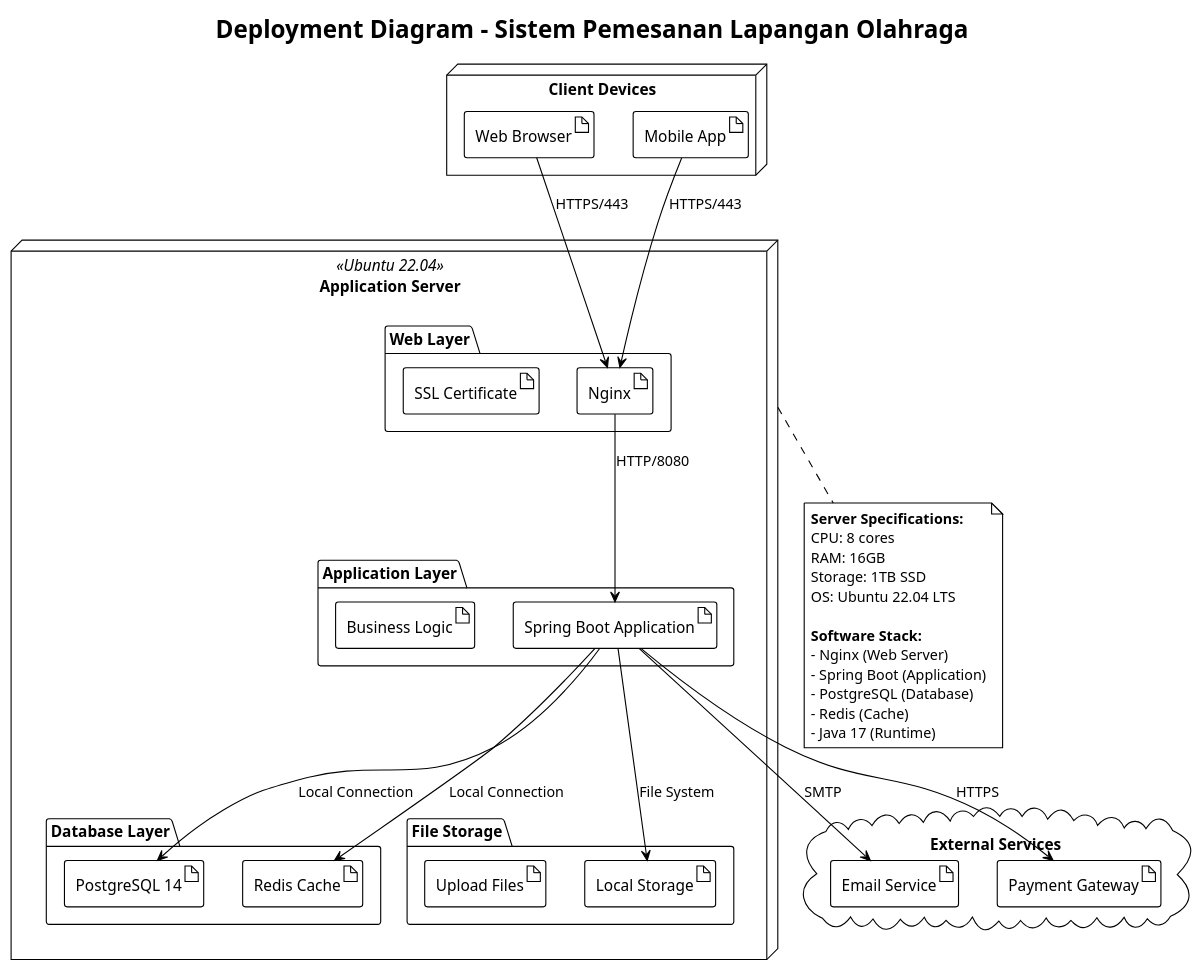
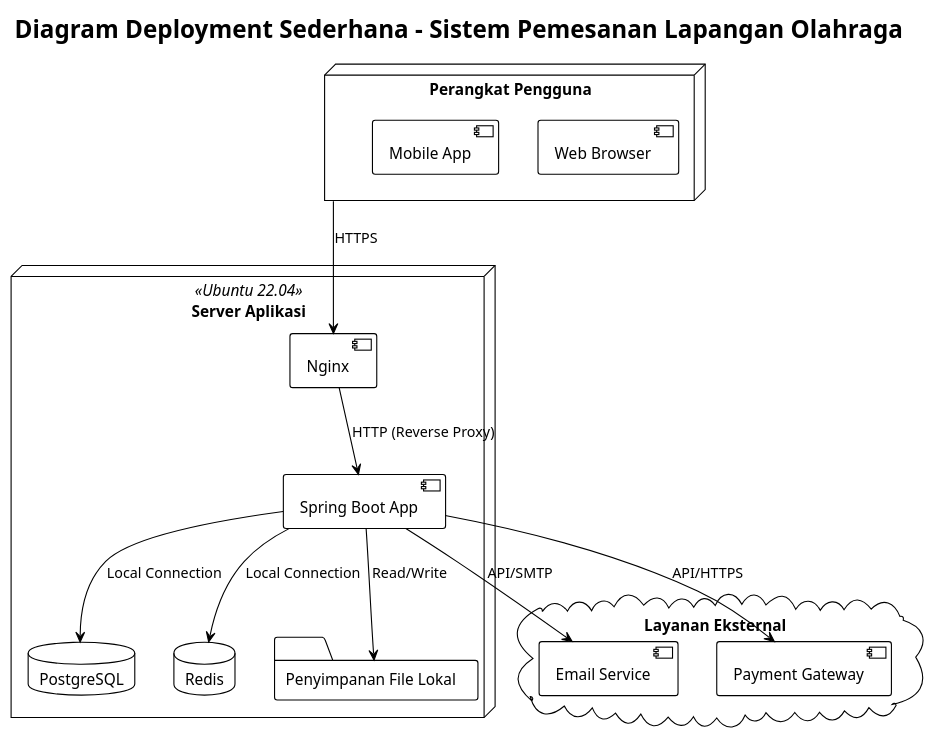
The diagram in JurnalAPPL/DeploymentDiagram/DDLapanganOlahraga.puml (myasirnovals/Appl), drawn with PlantUML before and after one commit. The commit also changed 92 other files, not shown here.

Commit message:
memperbaiki seluruh diagram

```diff
--- a/JurnalAPPL/DeploymentDiagram/DDLapanganOlahraga.puml
+++ b/JurnalAPPL/DeploymentDiagram/DDLapanganOlahraga.puml
@@ -1,55 +1,38 @@
 @startuml
 !theme plain
-title Deployment Diagram - Sistem Pemesanan Lapangan Olahraga
+title Diagram Deployment Sederhana - Sistem Pemesanan Lapangan Olahraga
 
-' Client Devices
-node "Client Devices" {
-    artifact "Web Browser" as Browser
-    artifact "Mobile App" as MobileApp
+' Client/User Devices
+node "Perangkat Pengguna" as UserDevices {
+  component "Web Browser"
+  component "Mobile App"
 }
 
-' Single Server (All-in-One)
-node "Application Server" as AppServer <<Ubuntu 22.04>> {
-    package "Web Layer" {
-        artifact "Nginx" as Nginx
-        artifact "SSL Certificate" as SSL
-    }
-
-    package "Application Layer" {
-        artifact "Spring Boot Application" as SpringApp
-        artifact "Business Logic" as BizLogic
-    }
-
-    package "Database Layer" {
-        artifact "PostgreSQL 14" as PostgresDB
-        artifact "Redis Cache" as RedisCache
-    }
-
-    package "File Storage" {
-        artifact "Local Storage" as LocalStorage
-        artifact "Upload Files" as UploadFiles
-    }
+' All-in-One Server
+node "Server Aplikasi" as AppServer <<Ubuntu 22.04>> {
+  component "Nginx" as Nginx
+  component "Spring Boot App" as App
+  database "PostgreSQL" as DB
+  database "Redis" as Cache
+  folder "Penyimpanan File Lokal" as Storage
 }
 
 ' External Services
-cloud "External Services" {
-    artifact "Email Service" as EmailSvc
-    artifact "Payment Gateway" as PaymentGW
+cloud "Layanan Eksternal" {
+  component "Email Service" as Email
+  component "Payment Gateway" as Payment
 }
 
 ' Connections
-Browser --> Nginx : HTTPS/443
-MobileApp --> Nginx : HTTPS/443
+UserDevices --> Nginx : HTTPS
 
-Nginx --> SpringApp : HTTP/8080
-SpringApp --> PostgresDB : Local Connection
-SpringApp --> RedisCache : Local Connection
-SpringApp --> LocalStorage : File System
+Nginx --> App : HTTP (Reverse Proxy)
 
-SpringApp --> EmailSvc : SMTP
-SpringApp --> PaymentGW : HTTPS
+App --> DB : Local Connection
+App --> Cache : Local Connection
+App --> Storage : Read/Write
 
-' Server Specifications
-note bottom of AppServer : **Server Specifications:**\nCPU: 8 cores\nRAM: 16GB\nStorage: 1TB SSD\nOS: Ubuntu 22.04 LTS\n\n**Software Stack:**\n- Nginx (Web Server)\n- Spring Boot (Application)\n- PostgreSQL (Database)\n- Redis (Cache)\n- Java 17 (Runtime)
+App --> Email : API/SMTP
+App --> Payment : API/HTTPS
 
 @enduml
```
